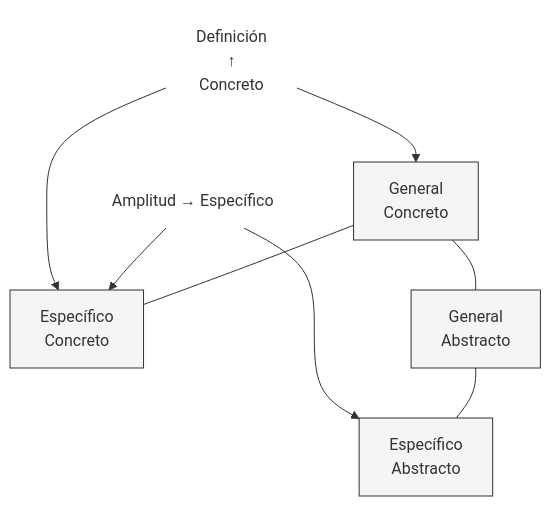
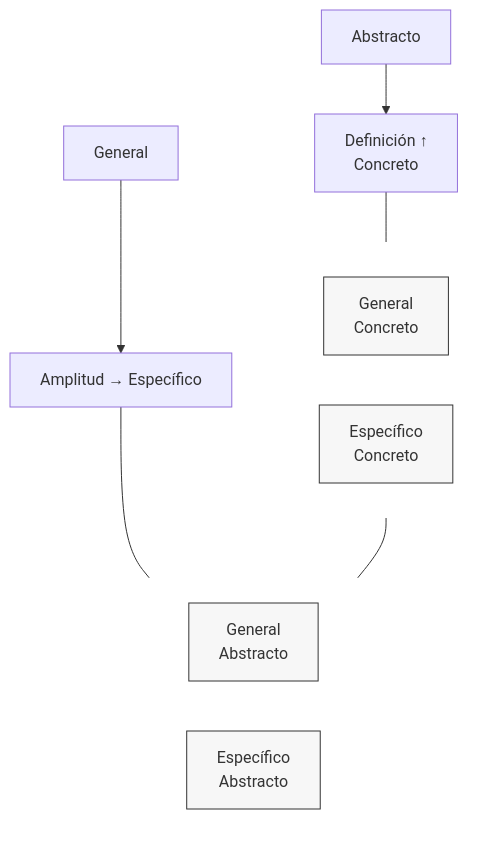
Before and after one commit to amnexiii/amnexiii.github.io: the diagram in cuadrantes.md, drawn with Mermaid.

```diff
--- a/cuadrantes.md
+++ b/cuadrantes.md
@@ -13,27 +13,47 @@
 <pre class="mermaid">
-flowchart TD
+flowchart TB
 
-    %% Ejes
-    Y[Definición<br/>↑<br/>Concreto]:::axis
-    X[Amplitud → Específico]:::axis
+%% =========================
+%% CUADRÍCULA 2x2
+%% =========================
 
-    %% Cuadrantes
-    Q1["Específico<br/>Concreto"]:::quad
-    Q2["General<br/>Concreto"]:::quad
-    Q3["General<br/>Abstracto"]:::quad
-    Q4["Específico<br/>Abstracto"]:::quad
+subgraph ROW1[" "]
+direction LR
+Q2["General<br/>Concreto"]
+Q1["Específico<br/>Concreto"]
+end
 
-    %% Layout
-    Y --> Q1
-    Y --> Q2
-    X --> Q1
-    X --> Q4
+subgraph ROW2[" "]
+direction LR
+Q3["General<br/>Abstracto"]
+Q4["Específico<br/>Abstracto"]
+end
 
-    Q2 --- Q1
-    Q2 --- Q3
-    Q3 --- Q4
+ROW1 --- ROW2
 
-    %% Estilos
-    classDef quad fill:#f5f5f5,stroke:#333,stroke-width:1px;
-    classDef axis fill:#fff,stroke:#000,stroke-width:0px;
+%% =========================
+%% EJES
+%% =========================
+
+Y1["Definición ↑<br/>Concreto"]
+Y2["Abstracto"]
+
+X1["General"]
+X2["Amplitud → Específico"]
+
+Y2 --> Y1
+X1 --> X2
+
+Y1 --- Q2
+X2 --- Q4
+
+%% =========================
+%% ESTILOS
+%% =========================
+
+classDef quad fill:#f7f7f7,stroke:#333,stroke-width:1px;
+class Q1,Q2,Q3,Q4 quad;
+
+style ROW1 fill:transparent,stroke-width:0;
+style ROW2 fill:transparent,stroke-width:0;
 </pre>
```
